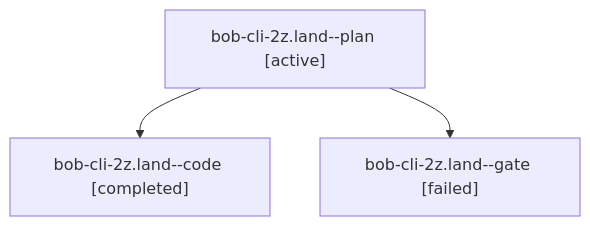
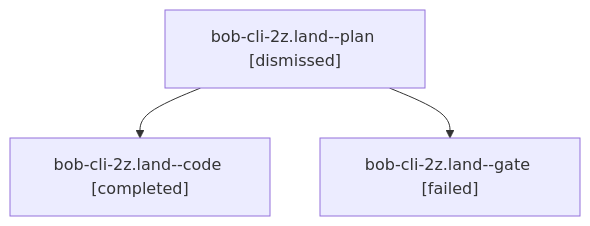
Before and after one commit to bobs-org/bob-cli--agents: the diagram in sessions/bbugyi200.athena.bob-cli-2z.land.md, drawn with Mermaid. The commit also changed other lines of this file and 27 other files, not shown here.

````diff
--- a/sessions/bbugyi200.athena.bob-cli-2z.land.md
+++ b/sessions/bbugyi200.athena.bob-cli-2z.land.md
@@ -9,8 +9,8 @@
 ```mermaid
 flowchart TD
-  n0["bob-cli-2z.land--plan [active]"]
+  n0["bob-cli-2z.land--plan [dismissed]"]
   n1["bob-cli-2z.land--code [completed]"]
   n0 --> n1
   n2["bob-cli-2z.land--gate [failed]"]
   n0 --> n2
 ```
````
